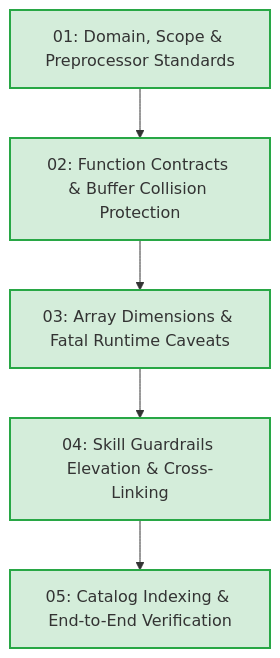
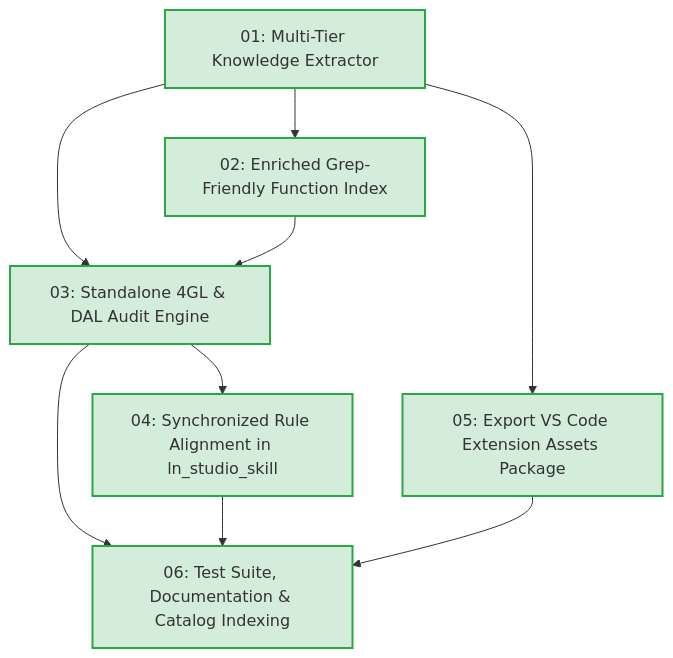
Before and after one commit to VerginEvil/Skill_LN: the diagram in Tickets.md, drawn with Mermaid. The commit also changed other lines of this file and 28 other files, not shown here.

Commit message:
feat(progguide): extract LN Studio build 0640 dictionaries, enrich function index, and implement standalone 4GL auditor

````diff
--- a/Tickets.md
+++ b/Tickets.md
@@ -17,19 +17,22 @@
 ```mermaid
 flowchart TD
-    T01["01: Domain, Scope & Preprocessor Standards"]
-    T02["02: Function Contracts & Buffer Collision Protection"]
-    T03["03: Array Dimensions & Fatal Runtime Caveats"]
-    T04["04: Skill Guardrails Elevation & Cross-Linking"]
-    T05["05: Catalog Indexing & End-to-End Verification"]
+    T01["01: Multi-Tier Knowledge Extractor"]
+    T02["02: Enriched Grep-Friendly Function Index"]
+    T03["03: Standalone 4GL & DAL Audit Engine"]
+    T04["04: Synchronized Rule Alignment in ln_studio_skill"]
+    T05["05: Export VS Code Extension Assets Package"]
+    T06["06: Test Suite, Documentation & Catalog Indexing"]
 
     T01 --> T02
+    T01 --> T03
     T02 --> T03
     T03 --> T04
-    T04 --> T05
+    T01 --> T05
+    T03 --> T06
+    T04 --> T06
+    T05 --> T06
 
-    classDef ready fill:#d1ecf1,stroke:#0c5460,stroke-width:2px;
-    classDef blocked fill:#f8f9fa,stroke:#6c757d,stroke-dasharray: 5 5;
     classDef done fill:#d4edda,stroke:#28a745,stroke-width:2px;
 
-    class T01,T02,T03,T04,T05 done;
+    class T01,T02,T03,T04,T05,T06 done;
 ```
````
